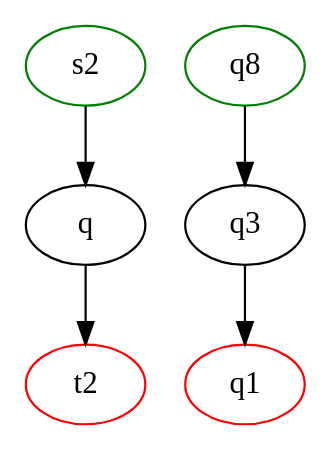
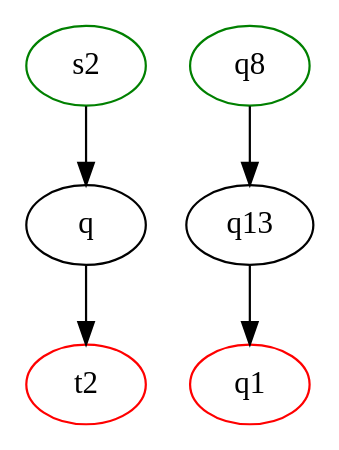
Before and after one commit to Inopio/DM-coca: the diagram in toto-l2.dot, drawn with Graphviz. The commit also changed 6 other files, not shown here.

```diff
--- a/toto-l2.dot
+++ b/toto-l2.dot
@@ -1,8 +1,8 @@
 digraph toto {
 s2 [initial=1,color=green];
 t2 [final=1,color=red];
 s2 -> q -> t2;
 q8 [initial=1,color=green];
 q1 [final=1,color=red];
-q8 -> q3 -> q1;
+q8 -> q13 -> q1;
 }
```
